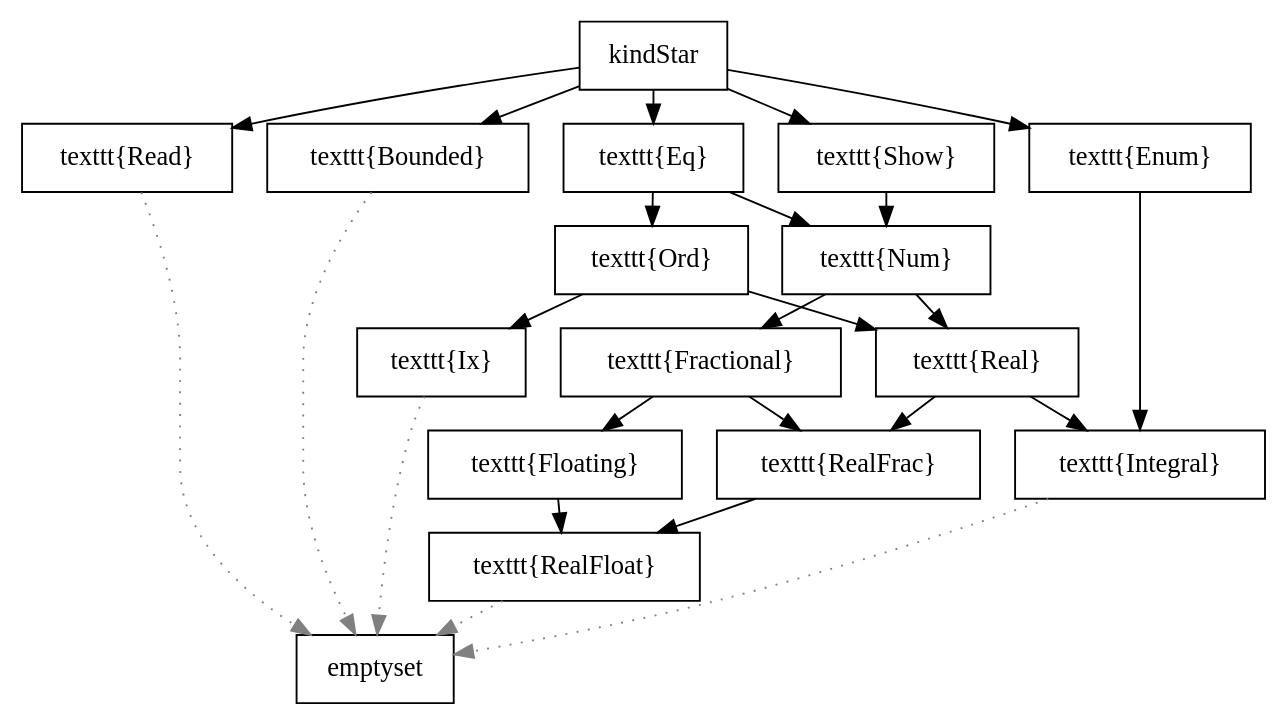
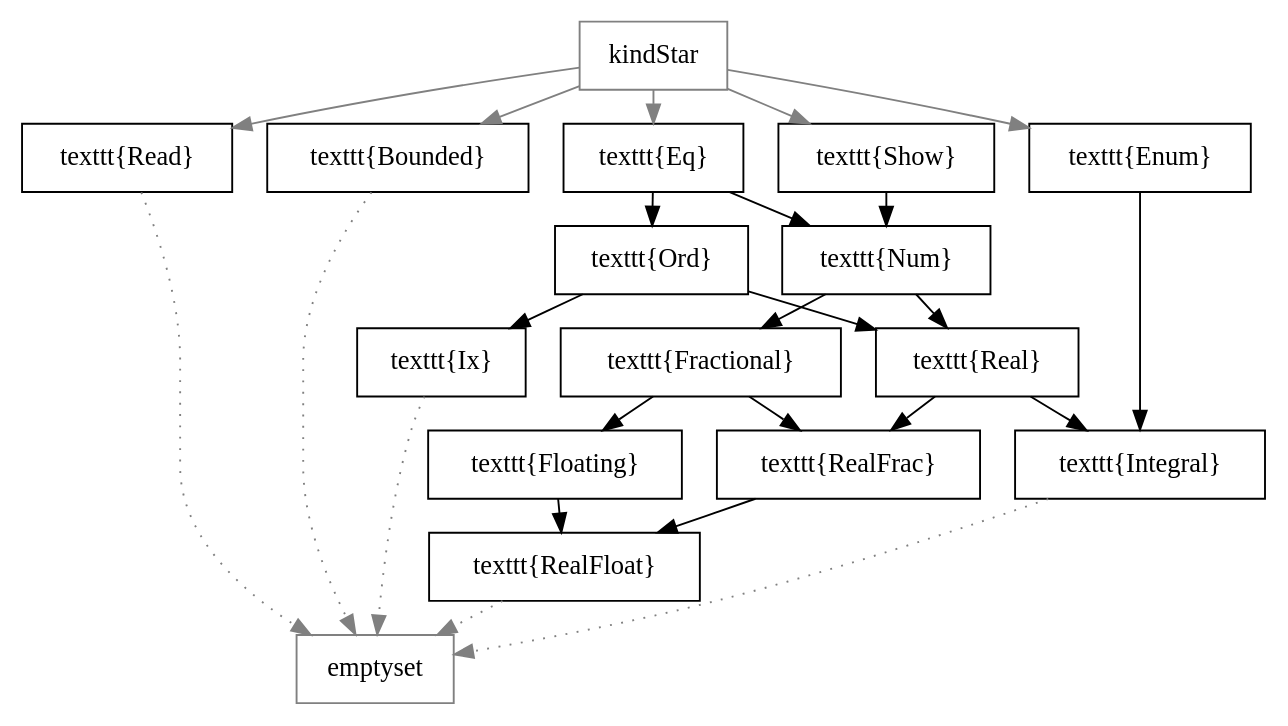
The diagram in text/diagram/kinds_star1.dot (xkollar/thesis-mgr-2011), drawn with Graphviz before and after one commit. The commit also changed 7 other files, not shown here.

Commit message:
Diagram colorized accordingly to consultations.

```diff
--- a/text/diagram/kinds_star1.dot
+++ b/text/diagram/kinds_star1.dot
@@ -1,31 +1,34 @@
 digraph kinds {
 	graph [ranksep=0.25];
 	node [shape=box];
 
-	"\kindStar" -> "\texttt{Eq}";
-	"\kindStar" -> "\texttt{Enum}";
-	"\kindStar" -> "\texttt{Show}";
-	"\kindStar" -> "\texttt{Read}";
-	"\kindStar" -> "\texttt{Bounded}";
+	"\kindStar" [color=gray];
+	"\emptyset" [color=gray];
+
+	"\kindStar" -> "\texttt{Eq}" [color=gray];
+	"\kindStar" -> "\texttt{Enum}" [color=gray];
+	"\kindStar" -> "\texttt{Show}" [color=gray];
+	"\kindStar" -> "\texttt{Read}" [color=gray];
+	"\kindStar" -> "\texttt{Bounded}" [color=gray];
 	{rank=same; "\texttt{Read}"; "\texttt{Bounded}"; "\texttt{Enum}"; "\texttt{Eq}"; "\texttt{Show}"};
 	"\texttt{Eq}" -> "\texttt{Ord}";
 	"\texttt{Eq}" -> "\texttt{Num}";
 	"\texttt{Show}" -> "\texttt{Num}";
 	"\texttt{Num}" -> "\texttt{Real}";
 	"\texttt{Ord}" -> "\texttt{Real}";
 	"\texttt{Num}" -> "\texttt{Fractional}";
 	"\texttt{Fractional}" -> "\texttt{Floating}";
 	"\texttt{Ord}" -> "\texttt{Ix}";
 	{rank=same; "\texttt{Real}"; "\texttt{Fractional}"; "\texttt{Ix}"};
 	"\texttt{Real}" -> "\texttt{Integral}";
 	"\texttt{Enum}" -> "\texttt{Integral}";
 	"\texttt{Real}" -> "\texttt{RealFrac}";
 	"\texttt{Fractional}" -> "\texttt{RealFrac}";
 	"\texttt{RealFrac}" -> "\texttt{RealFloat}";
 	"\texttt{Floating}" -> "\texttt{RealFloat}";
 	"\texttt{Integral}" -> "\emptyset" [style=dotted,color=gray];
 	"\texttt{Ix}" -> "\emptyset" [style=dotted,color=gray];
 	"\texttt{RealFloat}" -> "\emptyset" [style=dotted,color=gray];
 	"\texttt{Read}" -> "\emptyset" [style=dotted,color=gray];
 	"\texttt{Bounded}" -> "\emptyset" [style=dotted,color=gray];
 }
```
